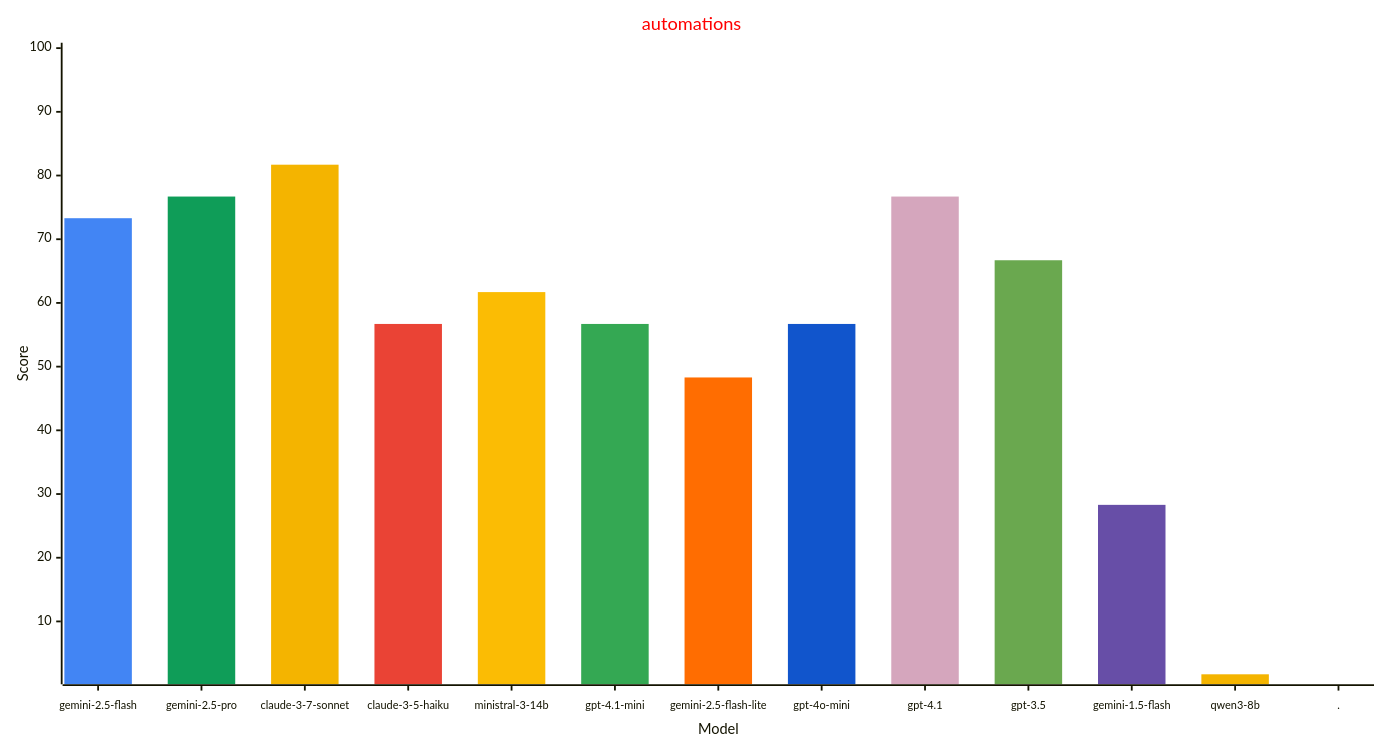
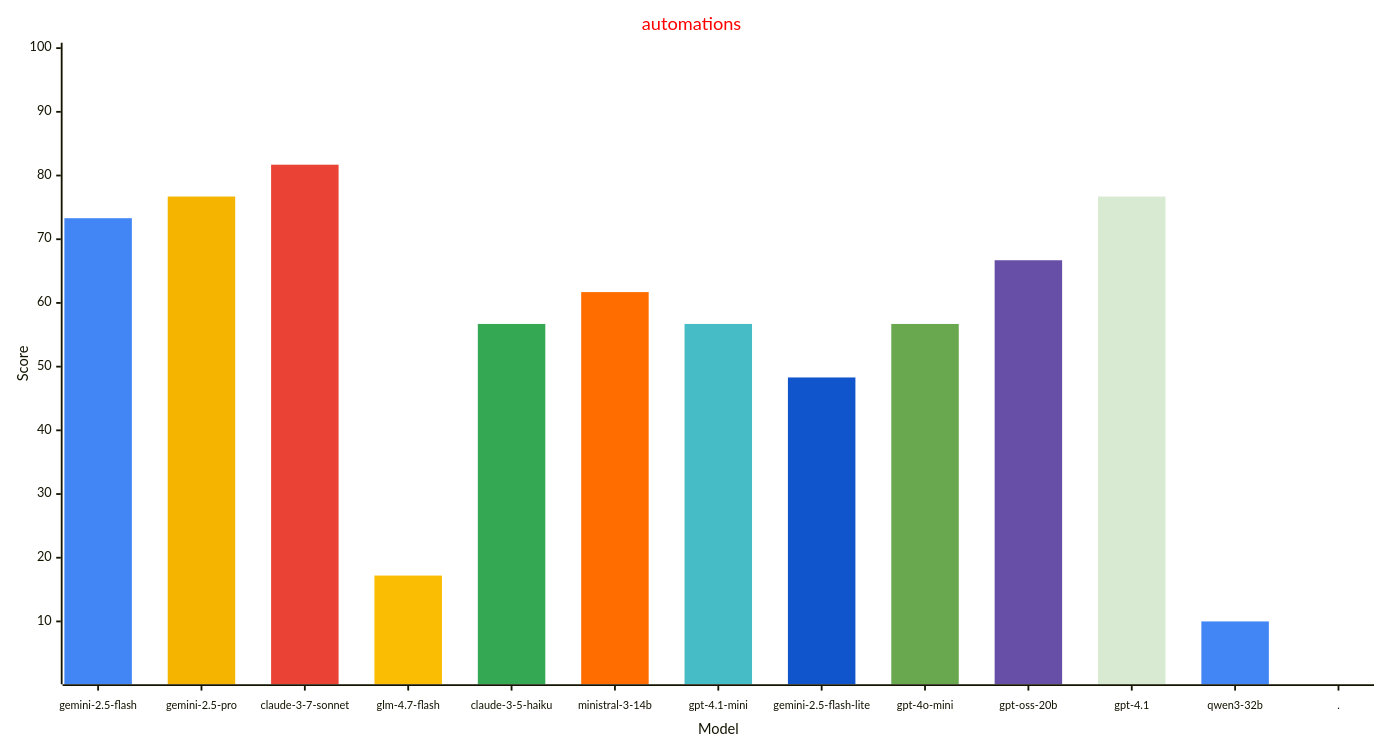
Before and after one commit to allenporter/home-assistant-datasets: the fourth of 4 diagrams in reports/README.md, drawn with Mermaid. The commit also changed other lines of this file and 8450 other files, not shown here.

````diff
--- a/reports/README.md
+++ b/reports/README.md
@@ -227,34 +214,33 @@
 ```mermaid
 ---
 config:
     xyChart:
         width: 1500
         height: 800
         xAxis:
           labelFontSize: 12
           labelPadding: 8
     themeVariables:
         xyChart:
             titleColor: "#ff0000"
-            plotColorPalette: "#4285f4, #0f9d58, #f4b400, #ea4335, #fbbc04, #34a853, #ff6d01, #1155cc, #d5a6bd, #6aa84f, #674ea7, #f4b400, #4285f4"
-
+            plotColorPalette: "#4285f4, #f4b400, #ea4335, #fbbc04, #34a853, #ff6d01, #46bdc6, #1155cc, #6aa84f, #674ea7, #d9ead3, #4285f4, #4285f4"
 
 ---
 xychart-beta
   title "automations"
-  x-axis "Model" [gemini-2.5-flash, gemini-2.5-pro, claude-3-7-sonnet, claude-3-5-haiku, ministral-3-14b, gpt-4.1-mini, gemini-2.5-flash-lite, gpt-4o-mini, gpt-4.1, gpt-3.5, gemini-1.5-flash, qwen3-8b, .]
+  x-axis "Model" [gemini-2.5-flash, gemini-2.5-pro, claude-3-7-sonnet, glm-4.7-flash, claude-3-5-haiku, ministral-3-14b, gpt-4.1-mini, gemini-2.5-flash-lite, gpt-4o-mini, gpt-oss-20b, gpt-4.1, qwen3-32b, .]
   y-axis "Score" 1 --> 100
   bar [73.3, 0.0, 0.0, 0.0, 0.0, 0.0, 0.0, 0.0, 0.0, 0.0, 0.0, 0.0, 0.0]
   bar [0.0, 76.7, 0.0, 0.0, 0.0, 0.0, 0.0, 0.0, 0.0, 0.0, 0.0, 0.0, 0.0]
   bar [0.0, 0.0, 81.7, 0.0, 0.0, 0.0, 0.0, 0.0, 0.0, 0.0, 0.0, 0.0, 0.0]
-  bar [0.0, 0.0, 0.0, 56.7, 0.0, 0.0, 0.0, 0.0, 0.0, 0.0, 0.0, 0.0, 0.0]
-  bar [0.0, 0.0, 0.0, 0.0, 61.7, 0.0, 0.0, 0.0, 0.0, 0.0, 0.0, 0.0, 0.0]
-  bar [0.0, 0.0, 0.0, 0.0, 0.0, 56.7, 0.0, 0.0, 0.0, 0.0, 0.0, 0.0, 0.0]
-  bar [0.0, 0.0, 0.0, 0.0, 0.0, 0.0, 48.3, 0.0, 0.0, 0.0, 0.0, 0.0, 0.0]
-  bar [0.0, 0.0, 0.0, 0.0, 0.0, 0.0, 0.0, 56.7, 0.0, 0.0, 0.0, 0.0, 0.0]
-  bar [0.0, 0.0, 0.0, 0.0, 0.0, 0.0, 0.0, 0.0, 76.7, 0.0, 0.0, 0.0, 0.0]
+  bar [0.0, 0.0, 0.0, 17.2, 0.0, 0.0, 0.0, 0.0, 0.0, 0.0, 0.0, 0.0, 0.0]
+  bar [0.0, 0.0, 0.0, 0.0, 56.7, 0.0, 0.0, 0.0, 0.0, 0.0, 0.0, 0.0, 0.0]
+  bar [0.0, 0.0, 0.0, 0.0, 0.0, 61.7, 0.0, 0.0, 0.0, 0.0, 0.0, 0.0, 0.0]
+  bar [0.0, 0.0, 0.0, 0.0, 0.0, 0.0, 56.7, 0.0, 0.0, 0.0, 0.0, 0.0, 0.0]
+  bar [0.0, 0.0, 0.0, 0.0, 0.0, 0.0, 0.0, 48.3, 0.0, 0.0, 0.0, 0.0, 0.0]
+  bar [0.0, 0.0, 0.0, 0.0, 0.0, 0.0, 0.0, 0.0, 56.7, 0.0, 0.0, 0.0, 0.0]
   bar [0.0, 0.0, 0.0, 0.0, 0.0, 0.0, 0.0, 0.0, 0.0, 66.7, 0.0, 0.0, 0.0]
-  bar [0.0, 0.0, 0.0, 0.0, 0.0, 0.0, 0.0, 0.0, 0.0, 0.0, 28.3, 0.0, 0.0]
-  bar [0.0, 0.0, 0.0, 0.0, 0.0, 0.0, 0.0, 0.0, 0.0, 0.0, 0.0, 1.7, 0.0]
+  bar [0.0, 0.0, 0.0, 0.0, 0.0, 0.0, 0.0, 0.0, 0.0, 0.0, 76.7, 0.0, 0.0]
+  bar [0.0, 0.0, 0.0, 0.0, 0.0, 0.0, 0.0, 0.0, 0.0, 0.0, 0.0, 10.0, 0.0]
   bar [0.0, 0.0, 0.0, 0.0, 0.0, 0.0, 0.0, 0.0, 0.0, 0.0, 0.0, 0.0, -1.0]
 ```
````
